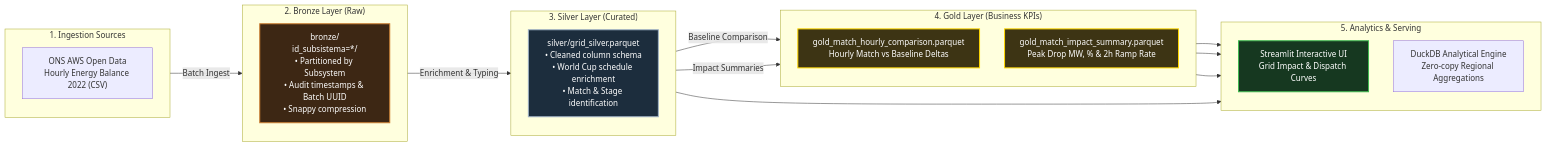
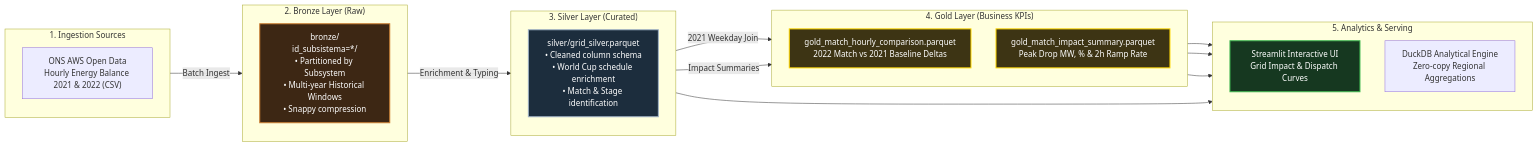
Before and after one commit to thiagomorellato/brazil-grid-worldcup-pipeline: the diagram in README.md, drawn with Mermaid. The commit also changed other lines of this file and 20 other files, not shown here.

Commit message:
feat: switch baseline comparison to identical 2021 calendar weekdays and document ONS thermal lockout insight

````diff
--- a/README.md
+++ b/README.md
@@ -20,45 +29,45 @@
 ```mermaid
 flowchart LR
     subgraph S1 ["1. Ingestion Sources"]
         direction TB
-        RAW["ONS AWS Open Data\nHourly Energy Balance 2022 (CSV)"]
+        RAW["ONS AWS Open Data\nHourly Energy Balance 2021 & 2022 (CSV)"]
     end
 
     subgraph S2 ["2. Bronze Layer (Raw)"]
         direction TB
-        BRONZE["bronze/\nid_subsistema=*/\n• Partitioned by Subsystem\n• Audit timestamps & Batch UUID\n• Snappy compression"]
+        BRONZE["bronze/\nid_subsistema=*/\n• Partitioned by Subsystem\n• Multi-year Historical Windows\n• Snappy compression"]
     end
 
     subgraph S3 ["3. Silver Layer (Curated)"]
         direction TB
         SILVER["silver/grid_silver.parquet\n• Cleaned column schema\n• World Cup schedule enrichment\n• Match & Stage identification"]
     end
 
     subgraph S4 ["4. Gold Layer (Business KPIs)"]
         direction TB
-        G1["gold_match_hourly_comparison.parquet\nHourly Match vs Baseline Deltas"]
+        G1["gold_match_hourly_comparison.parquet\n2022 Match vs 2021 Baseline Deltas"]
         G2["gold_match_impact_summary.parquet\nPeak Drop MW, % & 2h Ramp Rate"]
     end
 
     subgraph S5 ["5. Analytics & Serving"]
         direction TB
         APP["Streamlit Interactive UI\nGrid Impact & Dispatch Curves"]
         SQL["DuckDB Analytical Engine\nZero-copy Regional Aggregations"]
     end
 
     RAW -->|Batch Ingest| BRONZE
     BRONZE -->|Enrichment & Typing| SILVER
-    SILVER -->|Baseline Comparison| G1
+    SILVER -->|2021 Weekday Join| G1
     SILVER -->|Impact Summaries| G2
     
     G1 --> APP
     G2 --> APP
     SILVER --> APP
     G1 --> SQL
 
     style BRONZE fill:#3d2714,stroke:#cd7f32,stroke-width:2px,color:#fff
     style SILVER fill:#1c2d3d,stroke:#a0b2c6,stroke-width:2px,color:#fff
     style G1 fill:#3d3414,stroke:#ffd700,stroke-width:2px,color:#fff
     style G2 fill:#3d3414,stroke:#ffd700,stroke-width:2px,color:#fff
     style APP fill:#163820,stroke:#3fb950,stroke-width:2px,color:#fff
 ```
````
